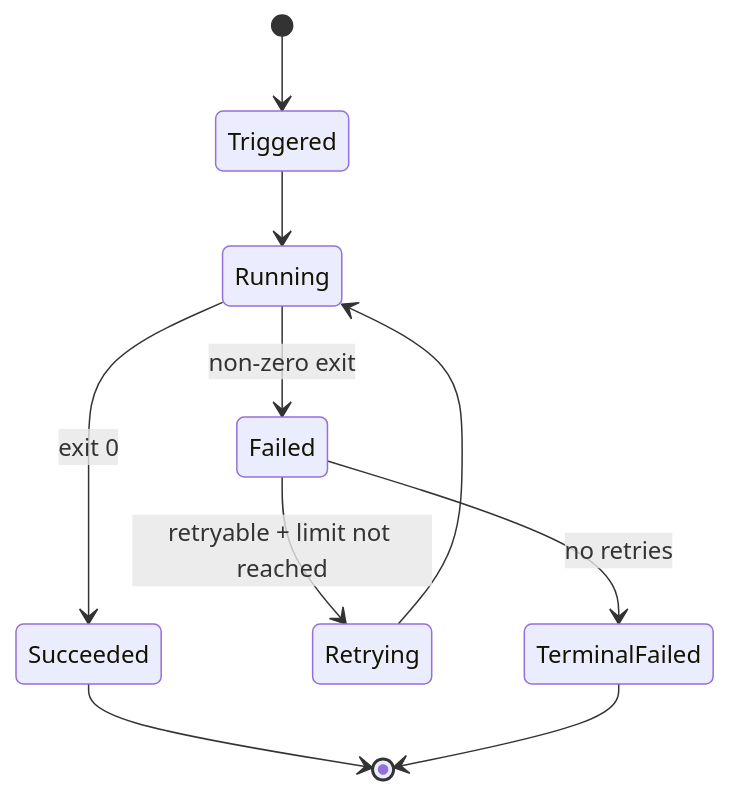
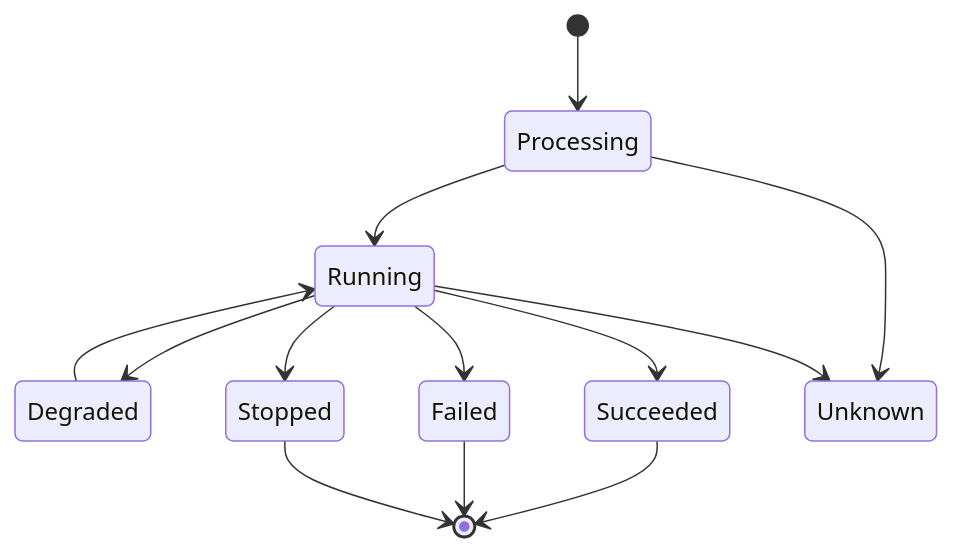
Before and after one commit to yeongseon/azure-container-apps-practical-guide: the second of 2 diagrams in docs/best-practices/jobs.md, drawn with Mermaid. The commit also changed other lines of this file and 11 other files, not shown here.

Commit message:
docs(diagrams): migrate probe and jobs lifecycle diagrams (#613)

````diff
--- a/docs/best-practices/jobs.md
+++ b/docs/best-practices/jobs.md
@@ -481,12 +567,26 @@
 ```mermaid
 stateDiagram-v2
-    [*] --> Triggered
-    Triggered --> Running
-    Running --> Succeeded: exit 0
-    Running --> Failed: non-zero exit
-    Failed --> Retrying: retryable + limit not reached
-    Retrying --> Running
-    Failed --> TerminalFailed: no retries
+    accTitle: Job execution status model
+    accDescr: Uses the current management API status names and separates platform-reported execution status from the operator action that publishes terminal results to dashboards and alerts.
+
+    state "Processing" as Processing
+    state "Running" as Running
+    state "Degraded" as Degraded
+    state "Stopped" as Stopped
+    state "Failed" as Failed
+    state "Succeeded" as Succeeded
+    state "Unknown" as Unknown
+
+    [*] --> Processing
+    Processing --> Running
+    Processing --> Unknown
+    Running --> Degraded
+    Degraded --> Running
+    Running --> Succeeded
+    Running --> Failed
+    Running --> Stopped
+    Running --> Unknown
     Succeeded --> [*]
-    TerminalFailed --> [*]
+    Failed --> [*]
+    Stopped --> [*]
 ```
````
